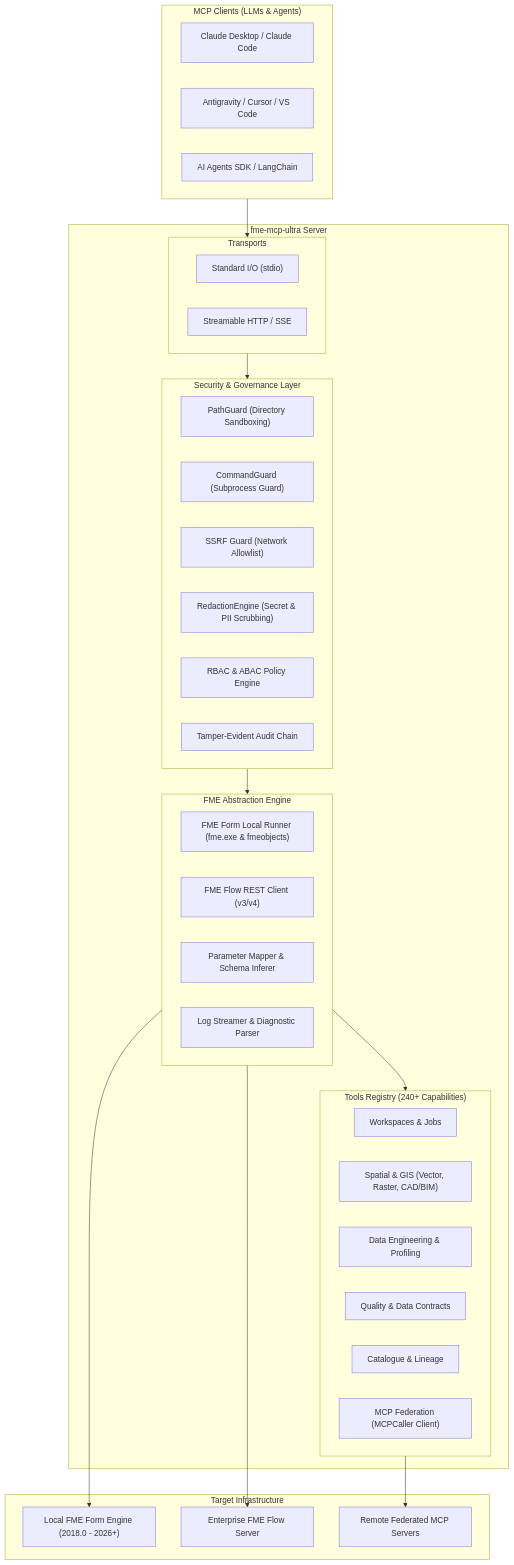
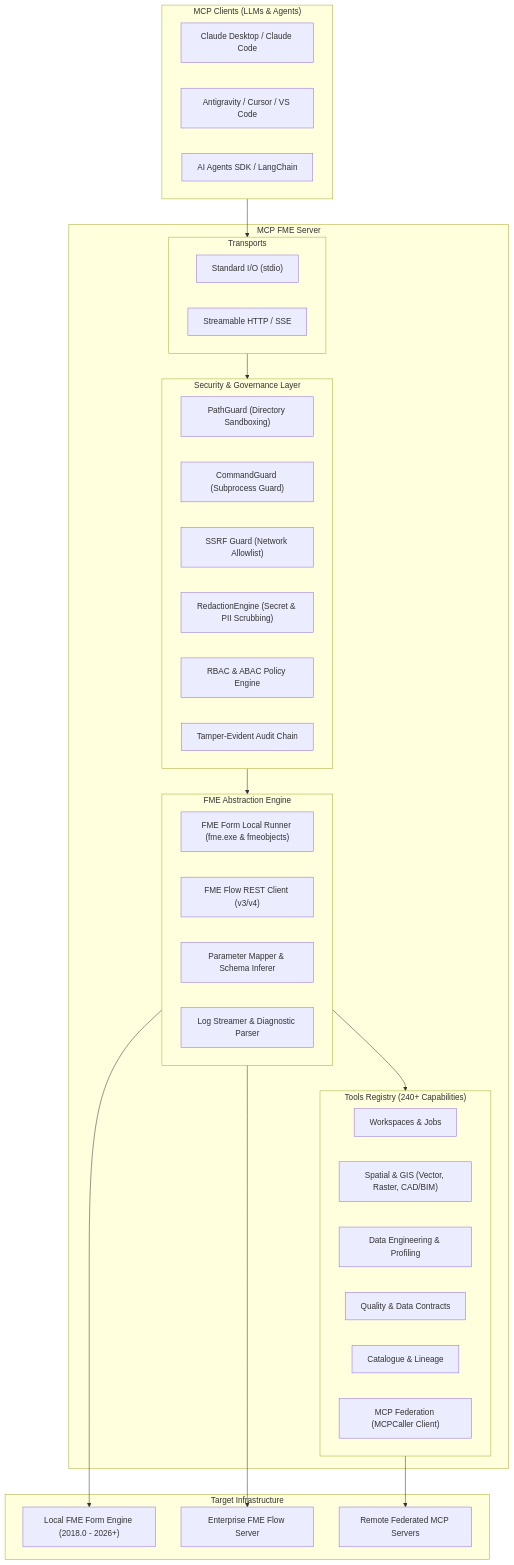
One commit to mwjouini/fme-mcp changed the diagram in README.md. Above: the diagram before and after it, drawn with Mermaid. The commit also changed other lines of this file and 10 other files, not shown here.

Commit message:
refactor: Rebrand to MCP FME and fix PowerShell 5.1 installer compatibility

````diff
--- a/README.md
+++ b/README.md
@@ -39,54 +39,54 @@
 ```mermaid
 flowchart TB
     subgraph Clients["MCP Clients (LLMs & Agents)"]
         C1["Claude Desktop / Claude Code"]
         C2["Antigravity / Cursor / VS Code"]
         C3["AI Agents SDK / LangChain"]
     end
 
-    subgraph CoreServer["fme-mcp-ultra Server"]
+    subgraph CoreServer["MCP FME Server"]
         subgraph Transports["Transports"]
             T1["Standard I/O (stdio)"]
             T2["Streamable HTTP / SSE"]
         end
 
         subgraph Security["Security & Governance Layer"]
             S1["PathGuard (Directory Sandboxing)"]
             S2["CommandGuard (Subprocess Guard)"]
             S3["SSRF Guard (Network Allowlist)"]
             S4["RedactionEngine (Secret & PII Scrubbing)"]
             S5["RBAC & ABAC Policy Engine"]
             S6["Tamper-Evident Audit Chain"]
         end
 
         subgraph Engine["FME Abstraction Engine"]
             E1["FME Form Local Runner (fme.exe & fmeobjects)"]
             E2["FME Flow REST Client (v3/v4)"]
             E3["Parameter Mapper & Schema Inferer"]
             E4["Log Streamer & Diagnostic Parser"]
         end
 
         subgraph Tools["Tools Registry (240+ Capabilities)"]
             TL1["Workspaces & Jobs"]
             TL2["Spatial & GIS (Vector, Raster, CAD/BIM)"]
             TL3["Data Engineering & Profiling"]
             TL4["Quality & Data Contracts"]
             TL5["Catalogue & Lineage"]
             TL6["MCP Federation (MCPCaller Client)"]
         end
     end
 
     subgraph Targets["Target Infrastructure"]
         FME_Form["Local FME Form Engine (2018.0 - 2026+)"]
         FME_Flow["Enterprise FME Flow Server"]
         Ext_MCP["Remote Federated MCP Servers"]
     end
 
     Clients --> Transports
     Transports --> Security
     Security --> Engine
     Engine --> Tools
     Engine --> FME_Form
     Engine --> FME_Flow
     Tools --> Ext_MCP
 ```
````
